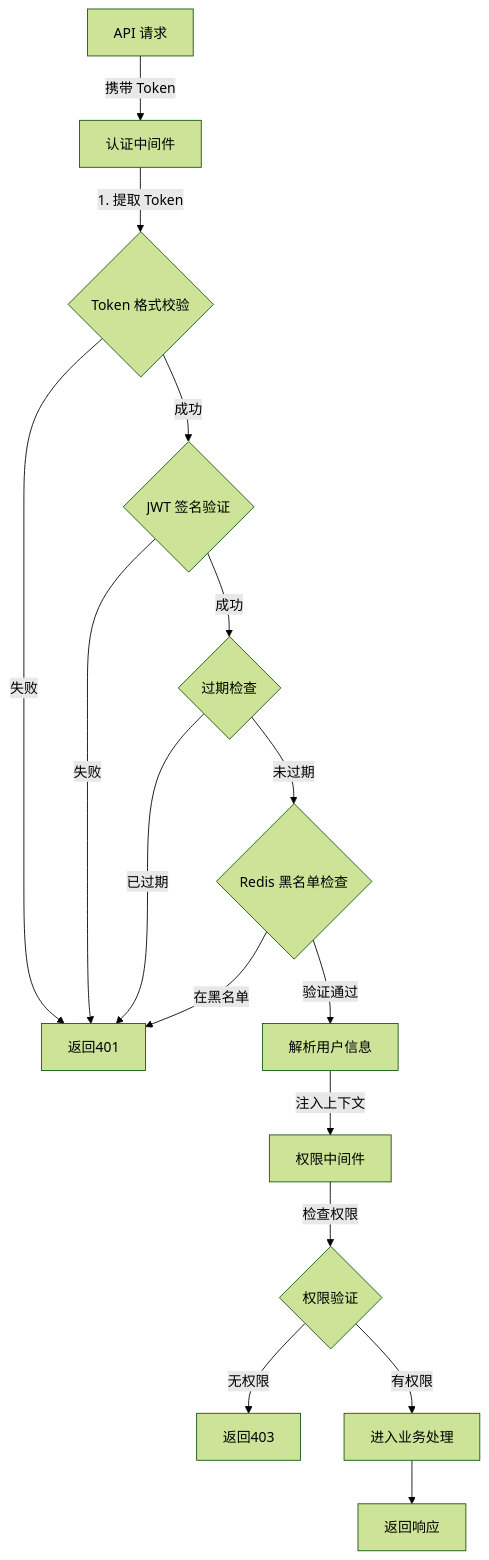
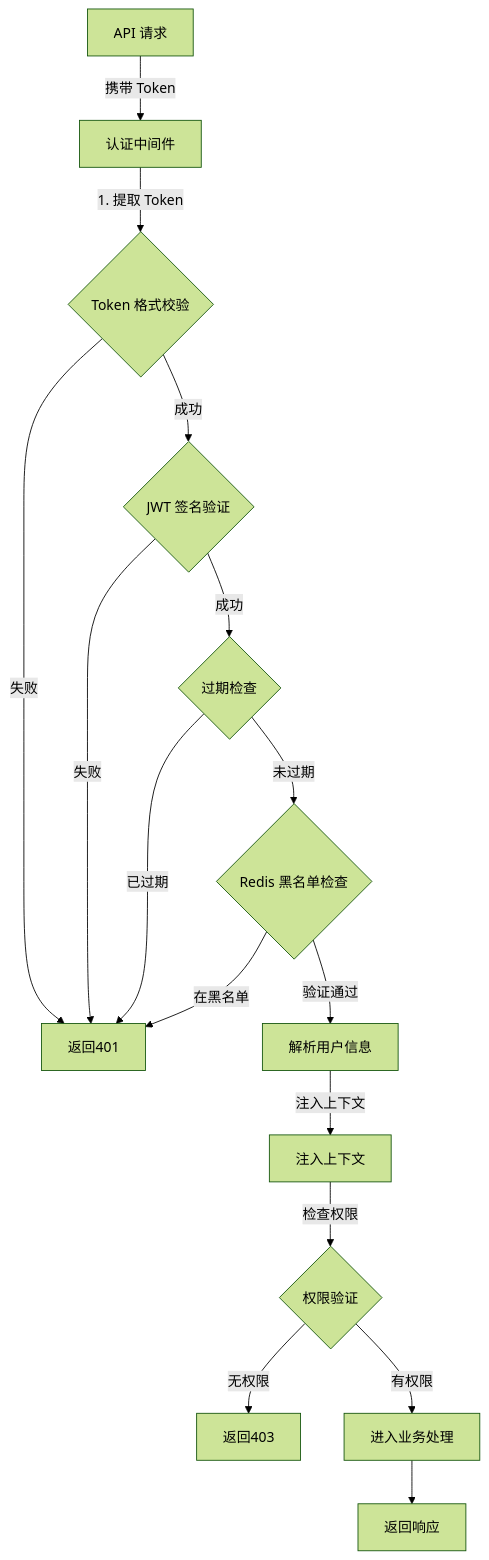
One commit to yingjianzh/iodraw-files changed the diagram in all/未命名-10.md. Above: the diagram before and after it, drawn with Mermaid (forest theme).

Commit message:
2025-01-02 11:44:07 update

````diff
--- a/all/未命名-10.md
+++ b/all/未命名-10.md
@@ -1,26 +1,26 @@
 ```mermaid
 flowchart TD
     A[API 请求] -->|携带 Token| B[认证中间件]
     
     B -->|1. 提取 Token| C{Token 格式校验}
     C -->|失败| D[返回401]
     
     C -->|成功| E{JWT 签名验证}
     E -->|失败| D
     
     E -->|成功| F{过期检查}
     F -->|已过期| D
     
     F -->|未过期| G{Redis 黑名单检查}
     G -->|在黑名单| D
     
     G -->|验证通过| H[解析用户信息]
-    H -->|注入上下文| I[权限中间件]
+    H -->|注入上下文|I[注入上下文]
     
     I -->|检查权限| J{权限验证}
     J -->|无权限| K[返回403]
     
     J -->|有权限| L[进入业务处理]
     
     L --> M[返回响应]
 ```
````
